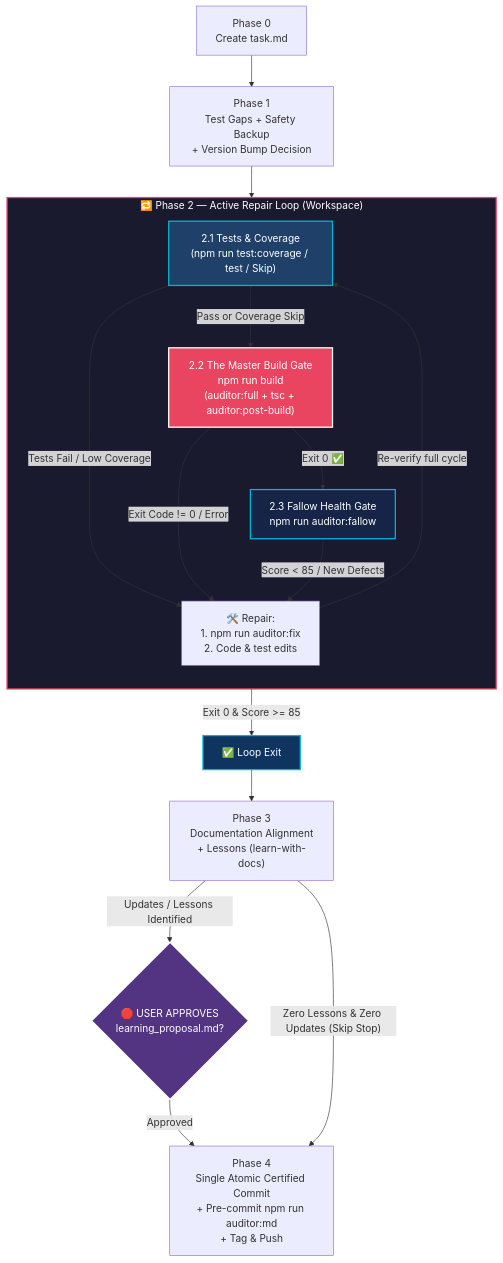
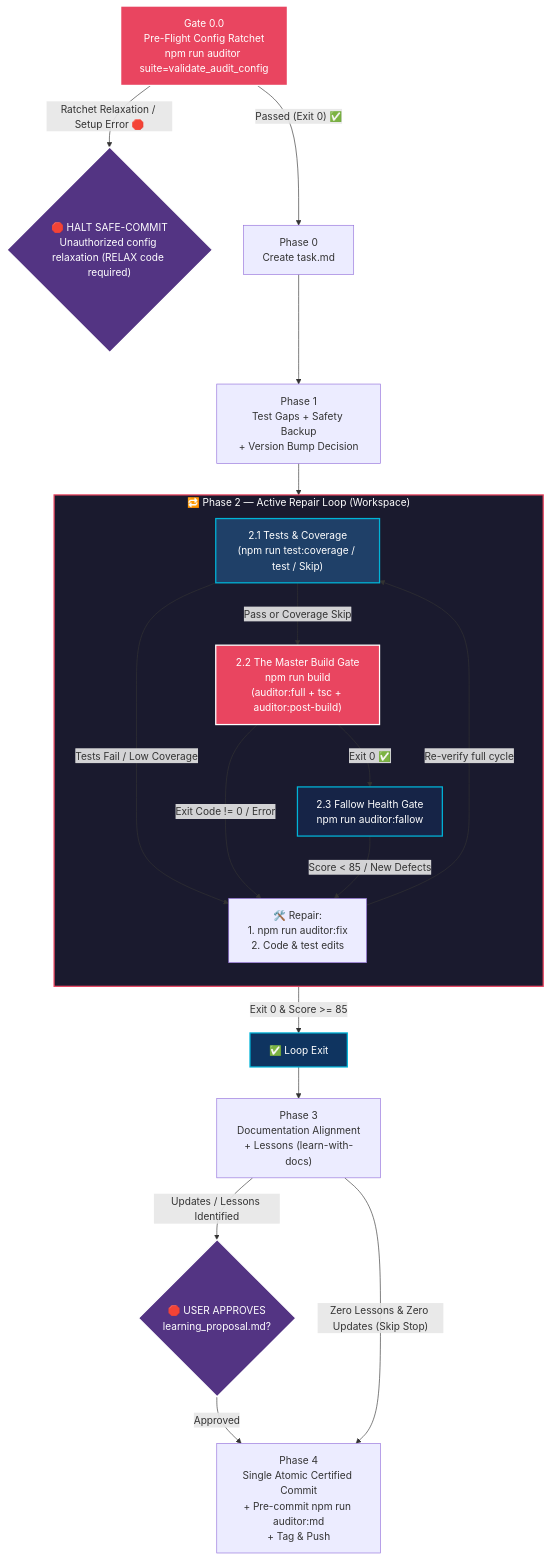
One commit to francogp/auditor changed the diagram in .agents/skills/safe-commit/SKILL.md. Above: the diagram before and after it, drawn with Mermaid. The commit also changed other lines of this file and 473 other files, not shown here.

First line of the commit message:
feat(core)!: implement online config ratchet, posix path normalization & universal type dilution guard

````diff
--- a/.agents/skills/safe-commit/SKILL.md
+++ b/.agents/skills/safe-commit/SKILL.md
@@ -55,29 +56,33 @@
 ```mermaid
 graph TD
-    A0["Phase 0\nCreate task.md"] --> A1["Phase 1\nTest Gaps + Safety Backup\n+ Version Bump Decision"]
+    PRE["Gate 0.0\nPre-Flight Config Ratchet\nnpm run auditor suite=validate_audit_config"] -->|"Ratchet Relaxation / Setup Error 🛑"| STOP_PRE{"🛑 HALT SAFE-COMMIT\nUnauthorized config relaxation (RELAX code required)"}
+    PRE -->|"Passed (Exit 0) ✅"| A0["Phase 0\nCreate task.md"]
+    A0 --> A1["Phase 1\nTest Gaps + Safety Backup\n+ Version Bump Decision"]
     A1 --> LOOP
 
     subgraph LOOP ["🔁 Phase 2 — Active Repair Loop (Workspace)"]
         direction TB
         T["2.1 Tests & Coverage\n(npm run test:coverage / test / Skip)"] -->|"Pass or Coverage Skip"| B["2.2 The Master Build Gate\nnpm run build\n(auditor:full + tsc + auditor:post-build)"]
         B -->|"Exit 0 ✅"| F["2.3 Fallow Health Gate\nnpm run auditor:fallow"]
         
         T -->|"Tests Fail / Low Coverage"| REPAIR["🛠️ Repair:\n1. npm run auditor:fix\n2. Code & test edits"]
         B -->|"Exit Code != 0 / Error"| REPAIR
         F -->|"Score < 85 / New Defects"| REPAIR
         REPAIR -->|"Re-verify full cycle"| T
     end
 
     F -->|"Exit 0 & Score >= 85"| EXIT_GATE["✅ Loop Exit"]
     EXIT_GATE --> A3["Phase 3\nDocumentation Alignment\n+ Lessons (learn-with-docs)"]
     A3 -->|"Updates / Lessons Identified"| STOP1{"🛑 USER APPROVES\nlearning_proposal.md?"}
     STOP1 -->|Approved| A4["Phase 4\nSingle Atomic Certified Commit\n+ Pre-commit npm run auditor:md\n+ Tag & Push"]
     A3 -->|"Zero Lessons & Zero Updates (Skip Stop)"| A4
 
+    style PRE fill:#e94560,stroke:#fff,stroke-width:2px,color:#fff
+    style STOP_PRE fill:#533483,stroke:#fff,stroke-width:2px,color:#fff
     style LOOP fill:#1a1a2e,stroke:#e94560,stroke-width:2px,color:#fff
     style T fill:#1f4068,stroke:#00b4d8,stroke-width:2px,color:#fff
     style B fill:#e94560,stroke:#fff,stroke-width:2px,color:#fff
     style F fill:#162447,stroke:#00b4d8,stroke-width:2px,color:#fff
     style EXIT_GATE fill:#0f3460,stroke:#00b4d8,stroke-width:2px,color:#fff
     style STOP1 fill:#533483,stroke:#fff,stroke-width:2px,color:#fff
 ```
````
